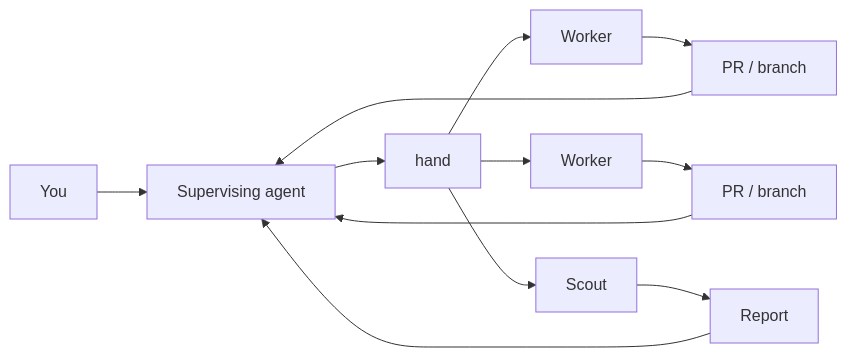
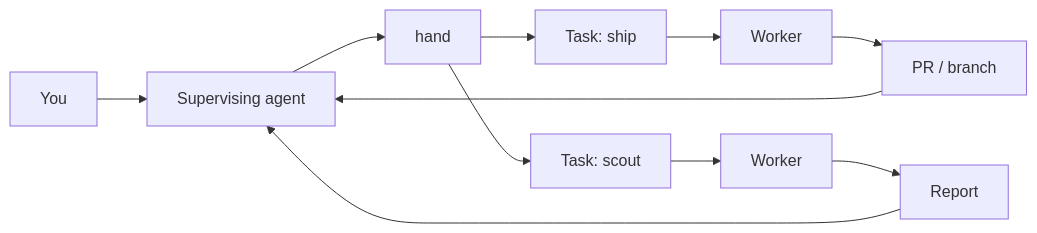
Before and after one commit to atqamz/hand: the first of 3 diagrams in README.md, drawn with Mermaid. The commit also changed other lines of this file and 6 other files, not shown here.

````diff
--- a/README.md
+++ b/README.md
@@ -11,14 +13,13 @@
 ```mermaid
 flowchart LR
     user["You"] --> supervisor["Supervising agent"]
     supervisor --> hand["hand"]
-    hand --> worker1["Worker"]
-    hand --> worker2["Worker"]
-    hand --> scout["Scout"]
+    hand --> shipTask["Task: ship"]
+    hand --> scoutTask["Task: scout"]
+    shipTask --> worker1["Worker"]
+    scoutTask --> worker2["Worker"]
     worker1 --> pr1["PR / branch"]
-    worker2 --> pr2["PR / branch"]
-    scout --> report["Report"]
+    worker2 --> report["Report"]
     pr1 --> supervisor
-    pr2 --> supervisor
     report --> supervisor
 ```
````
